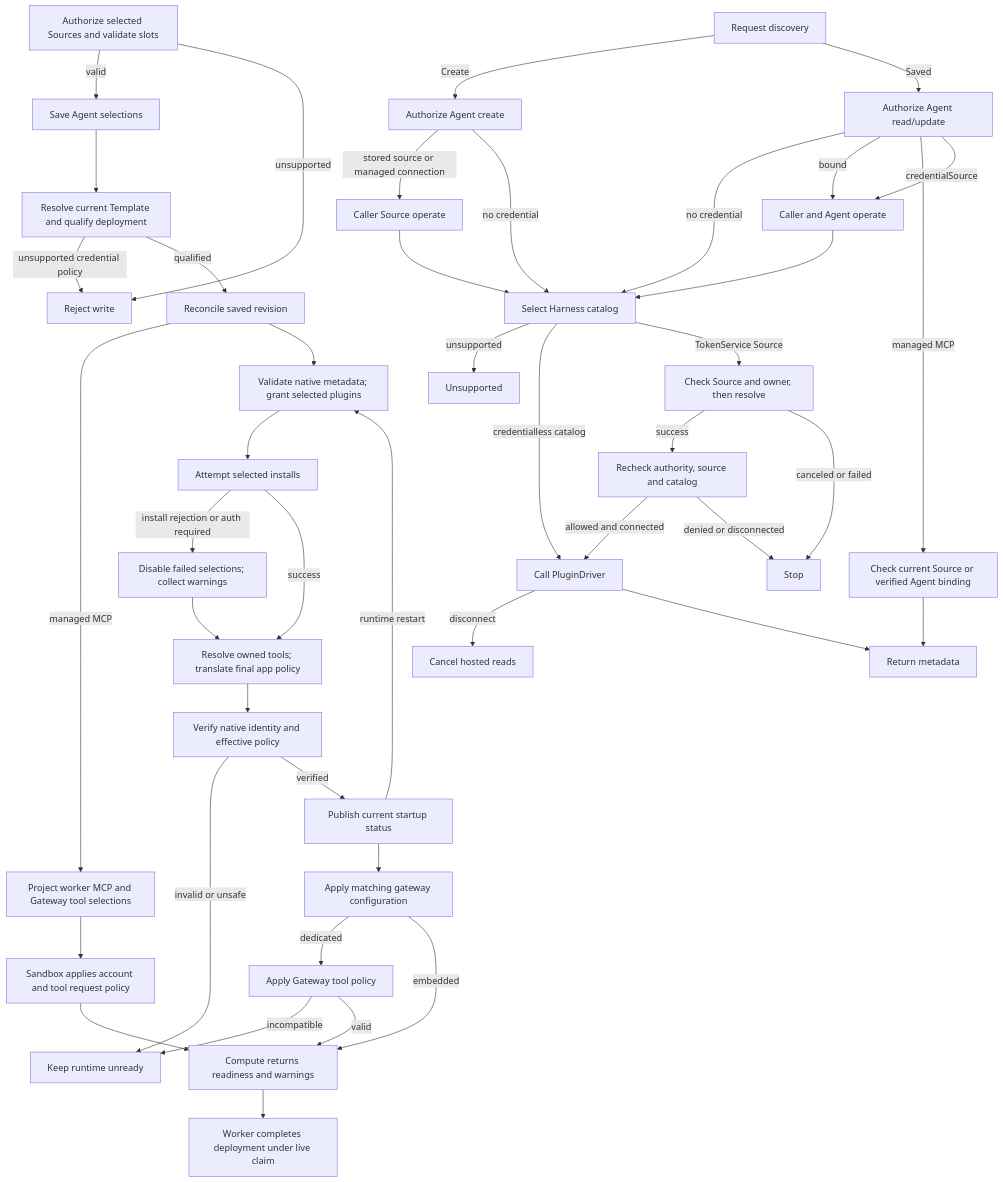
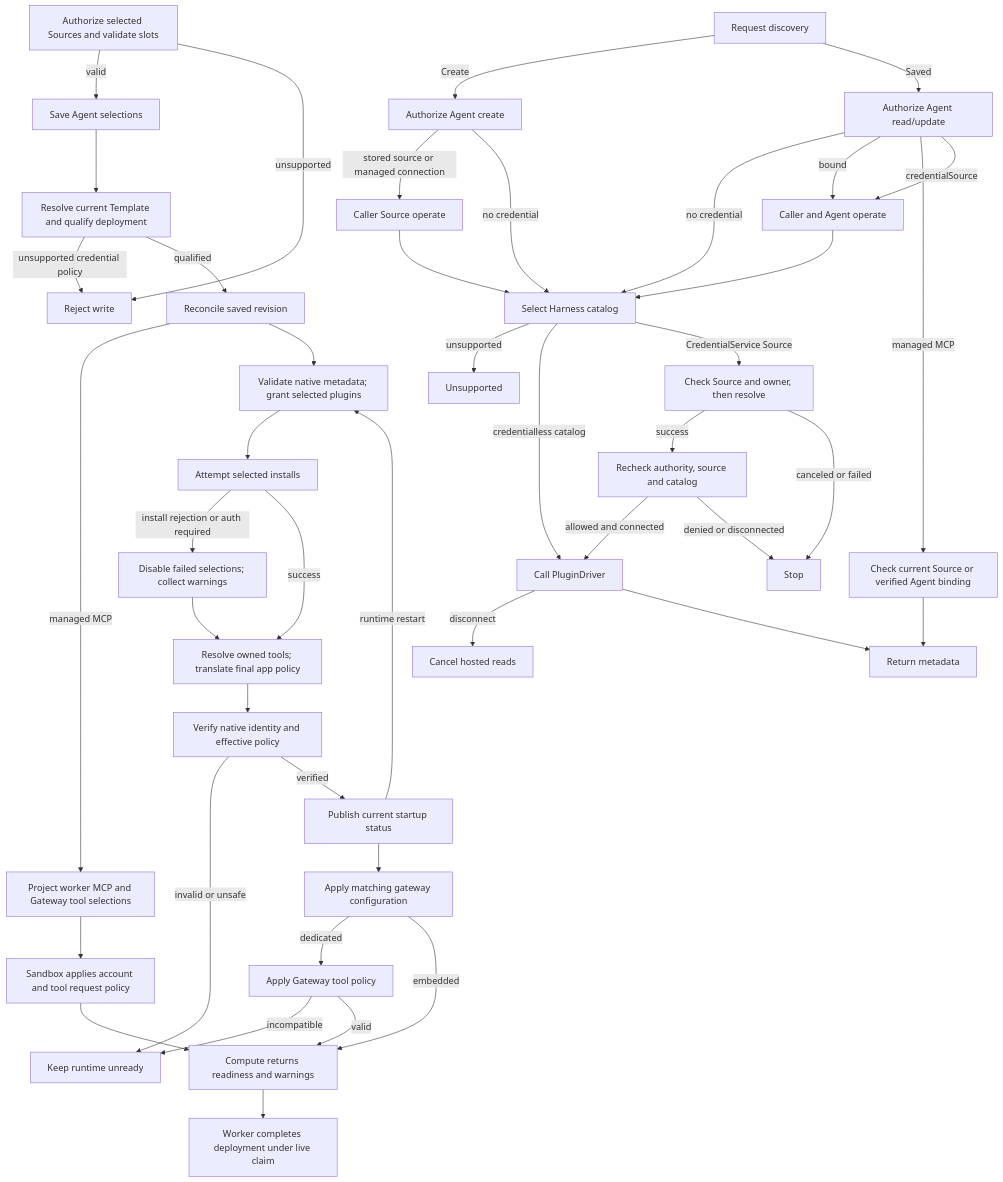
Before and after one commit to openclaw/openclaw-enterprise: the diagram in docs/flows/agent-plugins.md, drawn with Mermaid. The commit also changed other lines of this file and 418 other files, not shown here.

Commit message:
Rename credential custody owner to CredentialService

````diff
--- a/docs/flows/agent-plugins.md
+++ b/docs/flows/agent-plugins.md
@@ -25,43 +25,43 @@
 ```mermaid
 graph TD
   D0["Request discovery"] -->|Create| D1["Authorize Agent create"]
   D0 -->|Saved| E0["Authorize Agent read/update"]
   E0 -->|no credential| D6
   E0 -->|bound| E1["Caller and Agent operate"] --> D6
   E0 -->|managed MCP| M0["Check current Source or verified Agent binding"] --> D5
   E0 -->|credentialSource| E1
   D1 -->|stored source or managed connection| D2["Caller Source operate"] --> D6["Select Harness catalog"]
   D1 -->|no credential| D6
   D6 -->|unsupported| D7["Unsupported"]
   D6 -->|credentialless catalog| D4["Call PluginDriver"]
-  D6 -->|TokenService Source| D9["Check Source and owner, then resolve"]
+  D6 -->|CredentialService Source| D9["Check Source and owner, then resolve"]
   D9 -->|success| D10["Recheck authority, source and catalog"]
   D10 -->|allowed and connected| D4
   D9 -->|canceled or failed| D12["Stop"]
   D10 -->|denied or disconnected| D12
   D4 -->|disconnect| D8["Cancel hosted reads"]
   D4 --> D5["Return metadata"]
   A["Authorize selected Sources and validate slots"] -->|valid| S["Save Agent selections"]
   A -->|unsupported| Y["Reject write"]
   S --> B["Resolve current Template and qualify deployment"]
   B -->|unsupported credential policy| Y
   B -->|qualified| R["Reconcile saved revision"]
   R -->|managed MCP| K["Project worker MCP and Gateway tool selections"]
   K --> L["Sandbox applies account and tool request policy"]
   L --> I
   R --> C["Validate native metadata; grant selected plugins"]
   C --> D["Attempt selected installs"]
   D -->|install rejection or auth required| E["Disable failed selections; collect warnings"]
   D -->|success| T["Resolve owned tools; translate final app policy"]
   E --> T
   T --> F["Verify native identity and effective policy"]
   F -->|invalid or unsafe| X["Keep runtime unready"]
   F -->|verified| G["Publish current startup status"]
   G --> H["Apply matching gateway configuration"]
   H -->|dedicated| P["Apply Gateway tool policy"]
   P -->|incompatible| X
   P -->|valid| I
   H -->|embedded| I["Compute returns readiness and warnings"]
   I --> J["Worker completes deployment under live claim"]
   G -->|runtime restart| C
 ```
````
